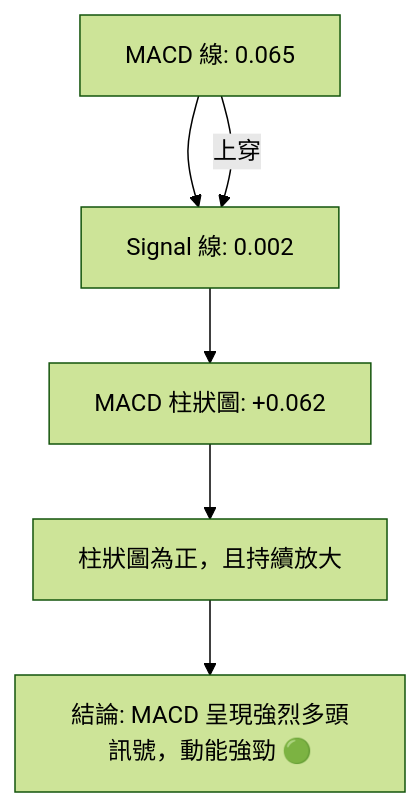
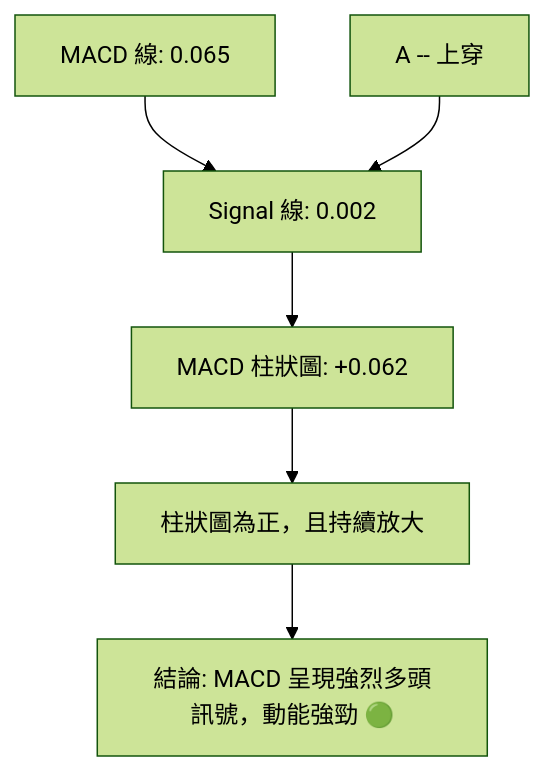
Before and after one commit to yennanliu/finance_data: the seventh of 10 diagrams in ai_gen_report/stock/grab/technical_analysis_2026-07-05_gemini.md, drawn with Mermaid (forest theme). The commit also changed other lines of this file and 2258 other files, not shown here.

First line of the commit message:
chore: backfill Mermaid syntax repair across existing reports

````diff
--- a/ai_gen_report/stock/grab/technical_analysis_2026-07-05_gemini.md
+++ b/ai_gen_report/stock/grab/technical_analysis_2026-07-05_gemini.md
@@ -490,8 +490,8 @@
 ```mermaid
 graph TD
-    A[MACD 線: 0.065] --> B[Signal 線: 0.002]
-    A -- 上穿 --> B
-    B --> C[MACD 柱狀圖: +0.062]
-    C --> D[柱狀圖為正，且持續放大]
-    D --> E[結論: MACD 呈現強烈多頭訊號，動能強勁 🟢]
+    A["MACD 線: 0.065"] --> B["Signal 線: 0.002"]
+    nb1["A -- 上穿"] --> B
+    B --> C["MACD 柱狀圖: +0.062"]
+    C --> D["柱狀圖為正，且持續放大"]
+    D --> E["結論: MACD 呈現強烈多頭訊號，動能強勁 🟢"]
 ```
````
